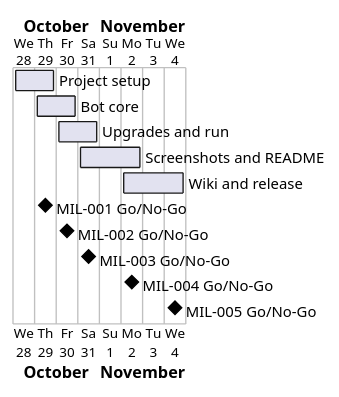
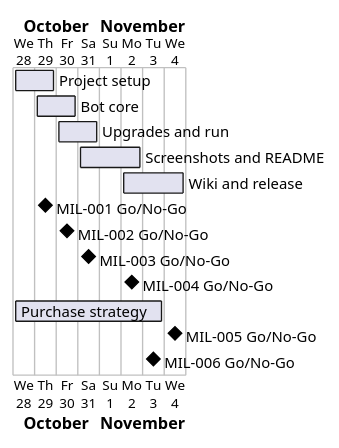
One commit to Tirsvad-Udemy-100-days-of-code/048-the-coockie-factory changed the diagram in docs/project-plan.md. Above: the diagram before and after it, drawn with PlantUML. The commit also changed other lines of this file and 5 other files, not shown here.

First line of the commit message:
Plan MIL-006: purchase strategy improvement

````diff
--- a/docs/project-plan.md
+++ b/docs/project-plan.md
@@ -39,15 +41,17 @@
 ```plantuml
 @startgantt
 Project starts 2026-10-28
 [Project setup] starts 2026-10-28 and ends 2026-10-29
 [Bot core] starts 2026-10-29 and ends 2026-10-30
 [Upgrades and run] starts 2026-10-30 and ends 2026-10-31
 [Screenshots and README] starts 2026-10-31 and ends 2026-11-02
 [Wiki and release] starts 2026-11-02 and ends 2026-11-04
 [MIL-001 Go/No-Go] happens 2026-10-29
 [MIL-002 Go/No-Go] happens 2026-10-30
 [MIL-003 Go/No-Go] happens 2026-10-31
 [MIL-004 Go/No-Go] happens 2026-11-02
+[Purchase strategy] starts 2026-10-28 and ends 2026-11-03
 [MIL-005 Go/No-Go] happens 2026-11-04
+[MIL-006 Go/No-Go] happens 2026-11-03
 @endgantt
 ```
````
